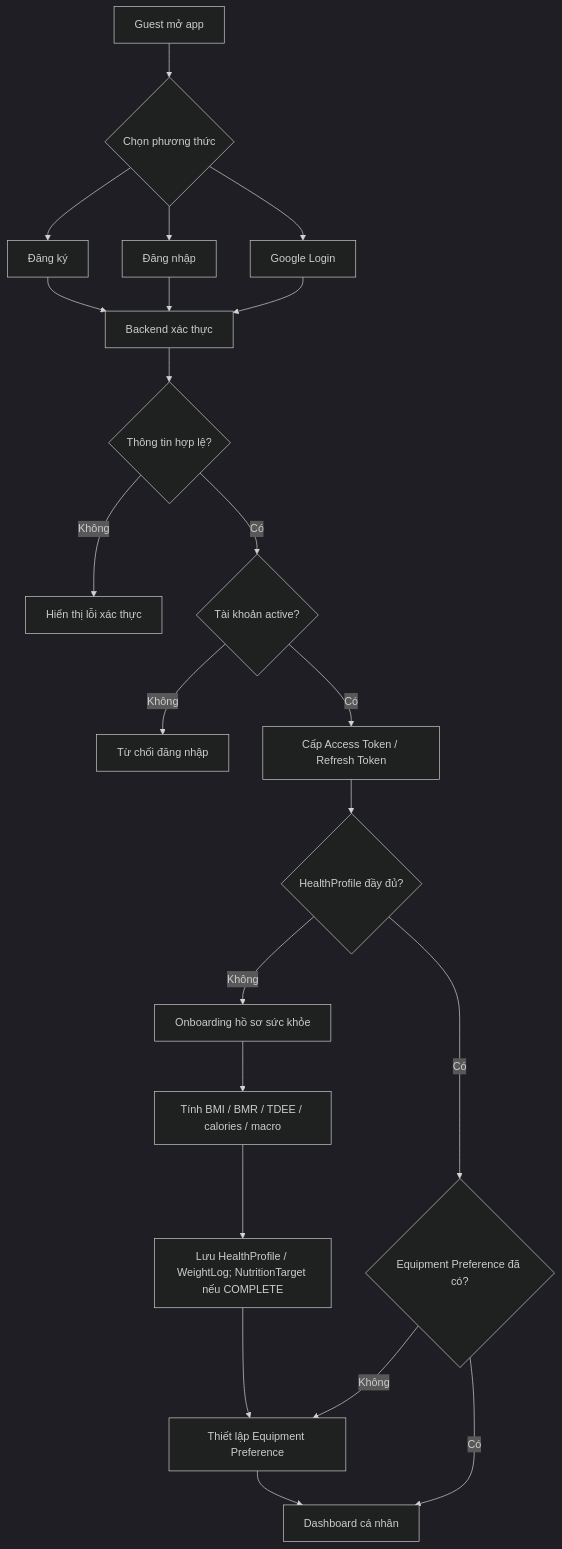
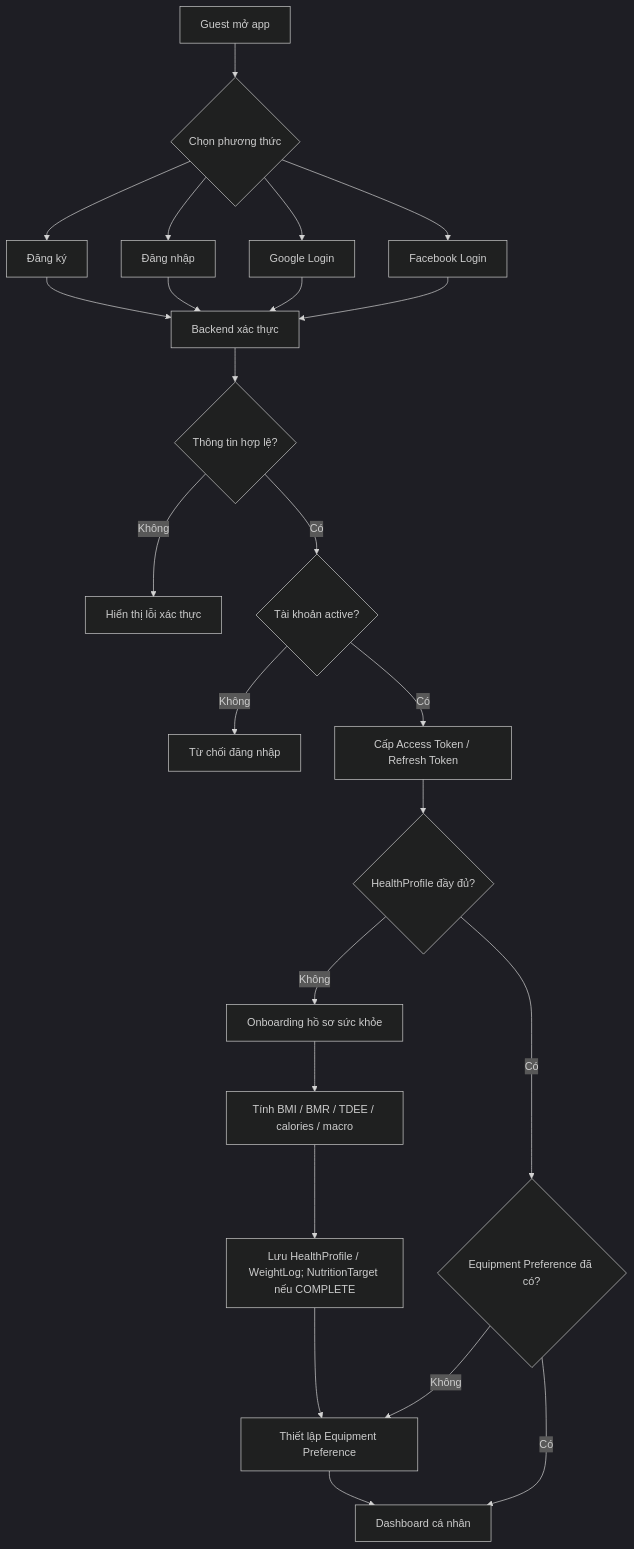
The second of 21 diagrams in docs/spec/bussiness_mainflow.md (tgiahuy/VieGym), drawn with Mermaid (dark theme) before and after one commit. The commit also changed other lines of this file and 18 other files, not shown here.

Commit message:
docs: align P0 scope and dataset roadmap

````diff
--- a/docs/spec/bussiness_mainflow.md
+++ b/docs/spec/bussiness_mainflow.md
@@ -159,29 +167,31 @@
 ```mermaid
 flowchart TD
     Guest[Guest mở app] --> Method{Chọn phương thức}
     Method --> Register[Đăng ký]
     Method --> Login[Đăng nhập]
     Method --> Google[Google Login]
+    Method --> Facebook[Facebook Login]
 
     Register --> Verify[Backend xác thực]
     Login --> Verify
     Google --> Verify
+    Facebook --> Verify
 
     Verify --> Valid{Thông tin hợp lệ?}
     Valid -- Không --> AuthError[Hiển thị lỗi xác thực]
     Valid -- Có --> Account{Tài khoản active?}
 
     Account -- Không --> Blocked[Từ chối đăng nhập]
     Account -- Có --> Token[Cấp Access Token / Refresh Token]
     Token --> Profile{HealthProfile đầy đủ?}
 
     Profile -- Không --> Onboarding[Onboarding hồ sơ sức khỏe]
     Onboarding --> Calculate[Tính BMI / BMR / TDEE / calories / macro]
     Calculate --> SaveProfile[Lưu HealthProfile / WeightLog; NutritionTarget nếu COMPLETE]
     SaveProfile --> Equipment[Thiết lập Equipment Preference]
     Equipment --> Dashboard[Dashboard cá nhân]
 
     Profile -- Có --> EquipmentCheck{Equipment Preference đã có?}
     EquipmentCheck -- Không --> Equipment
     EquipmentCheck -- Có --> Dashboard
 ```
````
